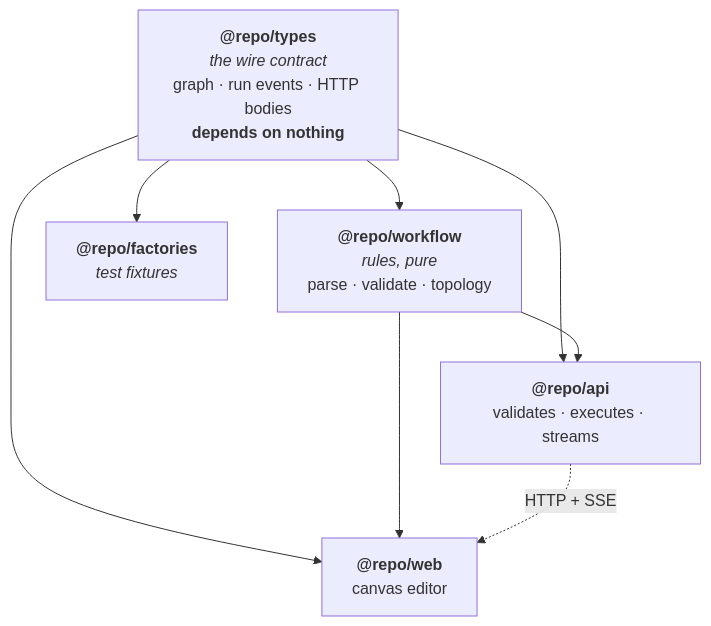
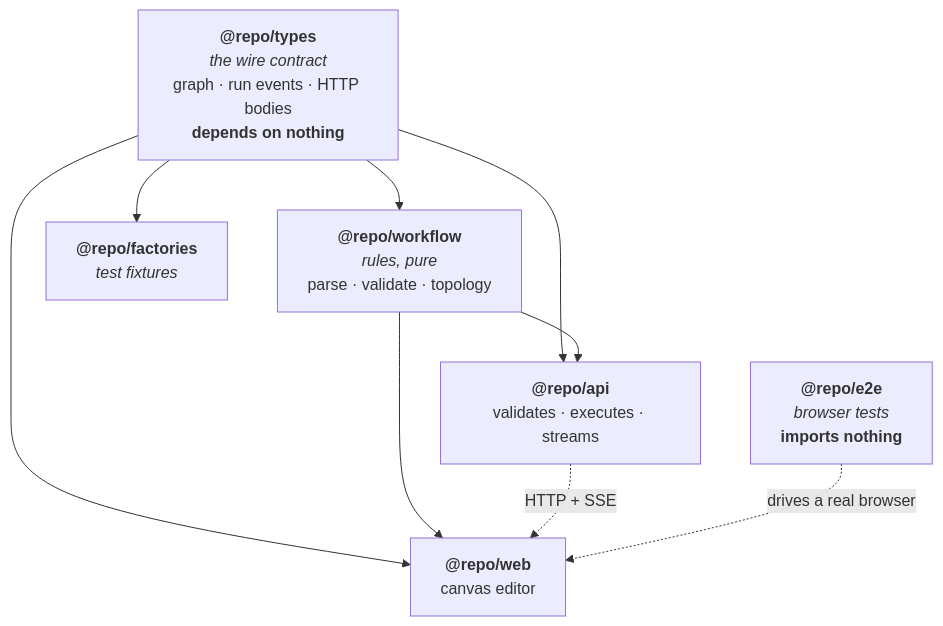
The first of 3 diagrams in docs/architecture.md (jeffrey-110/wand-mini-workflow-canvas), drawn with Mermaid before and after one commit. The commit also changed other lines of this file and 5 other files, not shown here.

````diff
--- a/docs/architecture.md
+++ b/docs/architecture.md
@@ -21,16 +21,18 @@
 ```mermaid
 flowchart TD
   types["<b>@repo/types</b><br/><i>the wire contract</i><br/>graph · run events · HTTP bodies<br/><b>depends on nothing</b>"]
   workflow["<b>@repo/workflow</b><br/><i>rules, pure</i><br/>parse · validate · topology"]
   factories["<b>@repo/factories</b><br/><i>test fixtures</i>"]
   api["<b>@repo/api</b><br/>validates · executes · streams"]
   web["<b>@repo/web</b><br/>canvas editor"]
+  e2e["<b>@repo/e2e</b><br/><i>browser tests</i><br/><b>imports nothing</b>"]
 
   types --> workflow
   types --> factories
   types --> api
   types --> web
   workflow --> api
   workflow --> web
   api -. "HTTP + SSE" .-> web
+  e2e -. "drives a real browser" .-> web
 ```
````
